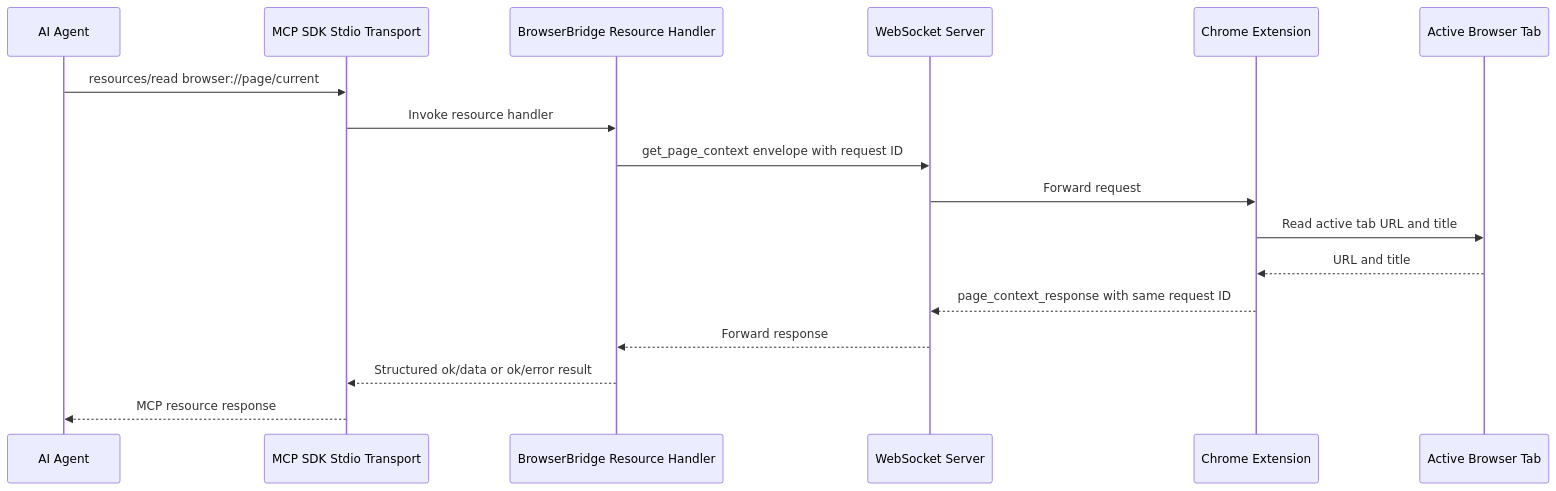
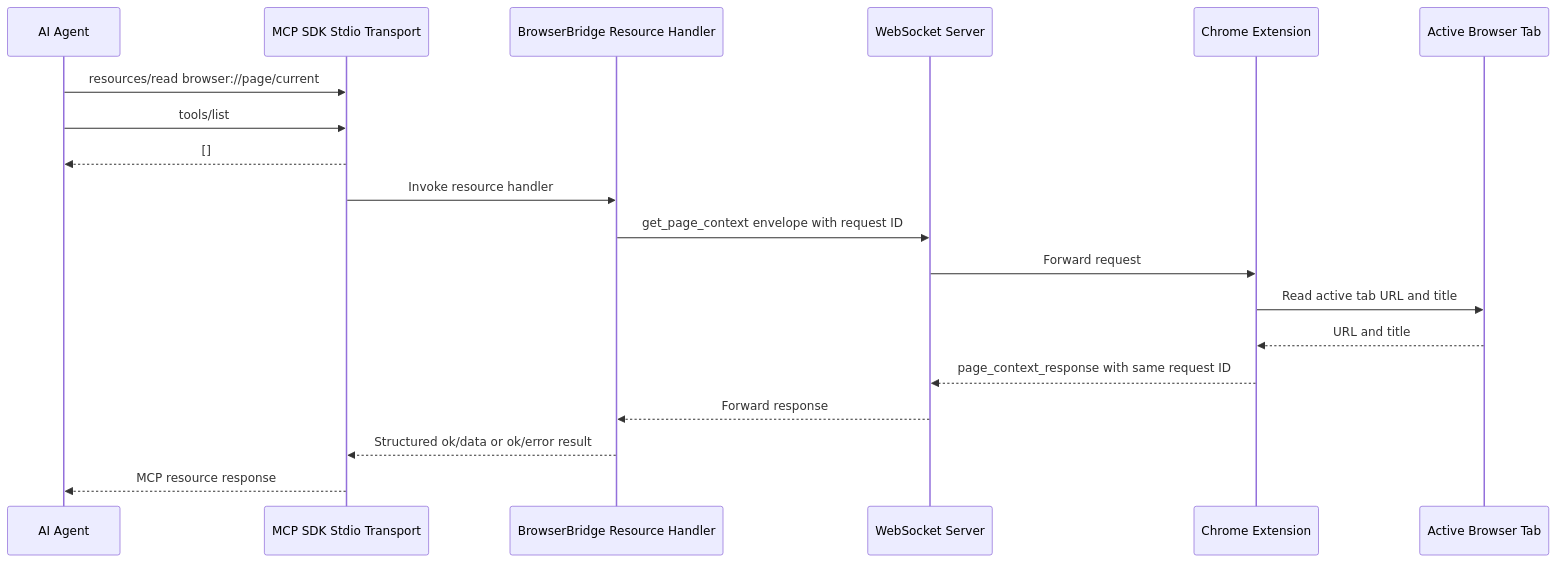
One commit to redvex/brijio changed the diagram in docs/artifacts/first-mcp-page-context-resource.md. Above: the diagram before and after it, drawn with Mermaid. The commit also changed other lines of this file and 5 other files, not shown here.

````diff
--- a/docs/artifacts/first-mcp-page-context-resource.md
+++ b/docs/artifacts/first-mcp-page-context-resource.md
@@ -16,20 +19,22 @@
 ```mermaid
 sequenceDiagram
   participant Agent as AI Agent
   participant SDK as MCP SDK Stdio Transport
   participant MCP as BrowserBridge Resource Handler
   participant WS as WebSocket Server
   participant Ext as Chrome Extension
   participant Tab as Active Browser Tab
 
   Agent->>SDK: resources/read browser://page/current
+  Agent->>SDK: tools/list
+  SDK-->>Agent: []
   SDK->>MCP: Invoke resource handler
   MCP->>WS: get_page_context envelope with request ID
   WS->>Ext: Forward request
   Ext->>Tab: Read active tab URL and title
   Tab-->>Ext: URL and title
   Ext-->>WS: page_context_response with same request ID
   WS-->>MCP: Forward response
   MCP-->>SDK: Structured ok/data or ok/error result
   SDK-->>Agent: MCP resource response
 ```
````
